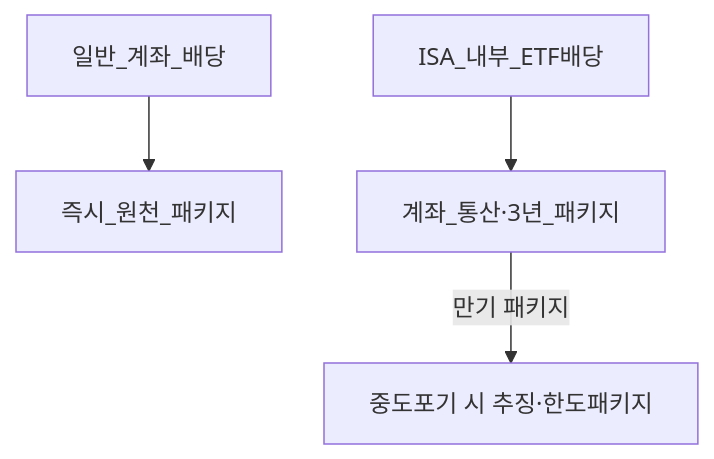
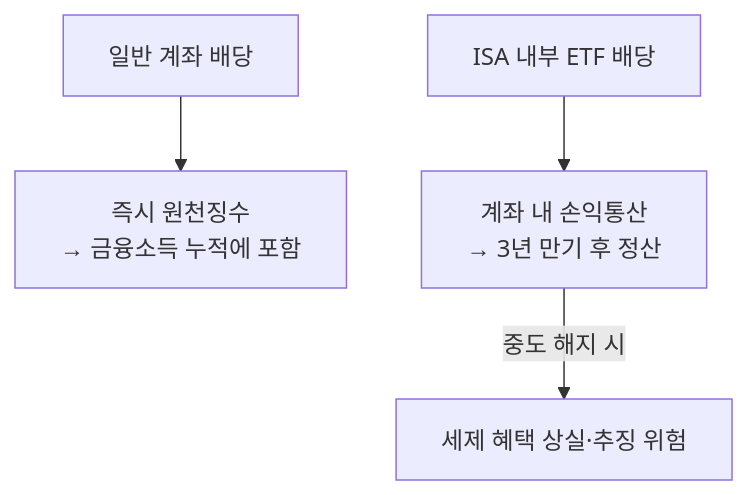
Before and after one commit to goldanghenry/Finances: the third of 3 diagrams in 06-korea-policy/tax/financial-investment-income-tax.md, drawn with Mermaid. The commit also changed other lines of this file and 211 other files, not shown here.

````diff
--- a/06-korea-policy/tax/financial-investment-income-tax.md
+++ b/06-korea-policy/tax/financial-investment-income-tax.md
@@ -152,6 +163,6 @@
 ```mermaid
 flowchart TD
-  Gen[일반_계좌_배당] --> W1[즉시_원천_패키지]
-  ISAacc[ISA_내부_ETF배당] --> W2[계좌_통산·3년_패키지]
-  W2 -->|"만기 패키지"| Out[중도포기 시 추징·한도패키지]
+  Gen["일반 계좌 배당"] --> W1["즉시 원천징수\n→ 금융소득 누적에 포함"]
+  ISAacc["ISA 내부 ETF 배당"] --> W2["계좌 내 손익통산\n→ 3년 만기 후 정산"]
+  W2 -->|"중도 해지 시"| Out["세제 혜택 상실·추징 위험"]
 ```
````
